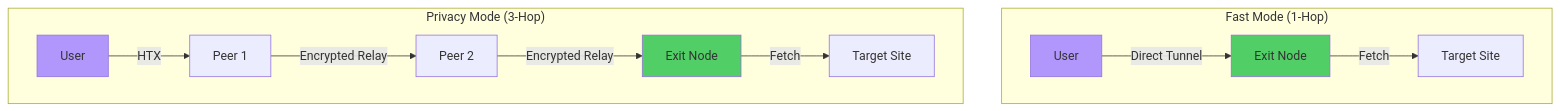
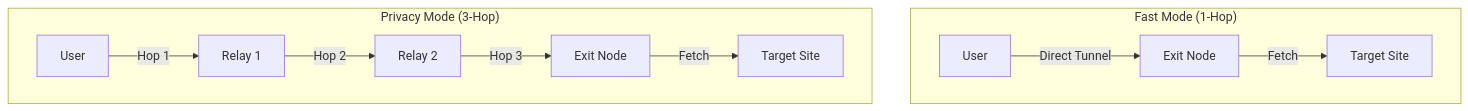
The fifth of 14 diagrams in README.md (QW1CKS/qnet), drawn with Mermaid before and after one commit. The commit also changed other lines of this file and 6 other files, not shown here.

````diff
--- a/README.md
+++ b/README.md
@@ -202,19 +207,14 @@
 ```mermaid
 graph TB
     subgraph "Fast Mode (1-Hop)"
         U1[User] -->|Direct Tunnel| E1[Exit Node]
         E1 -->|Fetch| T1[Target Site]
     end
     
     subgraph "Privacy Mode (3-Hop)"
-        U2[User] -->|HTX| P1[Peer 1]
-        P1 -->|Encrypted Relay| P2[Peer 2]
-        P2 -->|Encrypted Relay| E2[Exit Node]
+        U2[User] -->|Hop 1| R1[Relay 1]
+        R1 -->|Hop 2| R2[Relay 2]
+        R2 -->|Hop 3| E2[Exit Node]
         E2 -->|Fetch| T2[Target Site]
     end
-    
-    style U1 fill:#b197fc
-    style U2 fill:#b197fc
-    style E1 fill:#51cf66
-    style E2 fill:#51cf66
 ```
````
